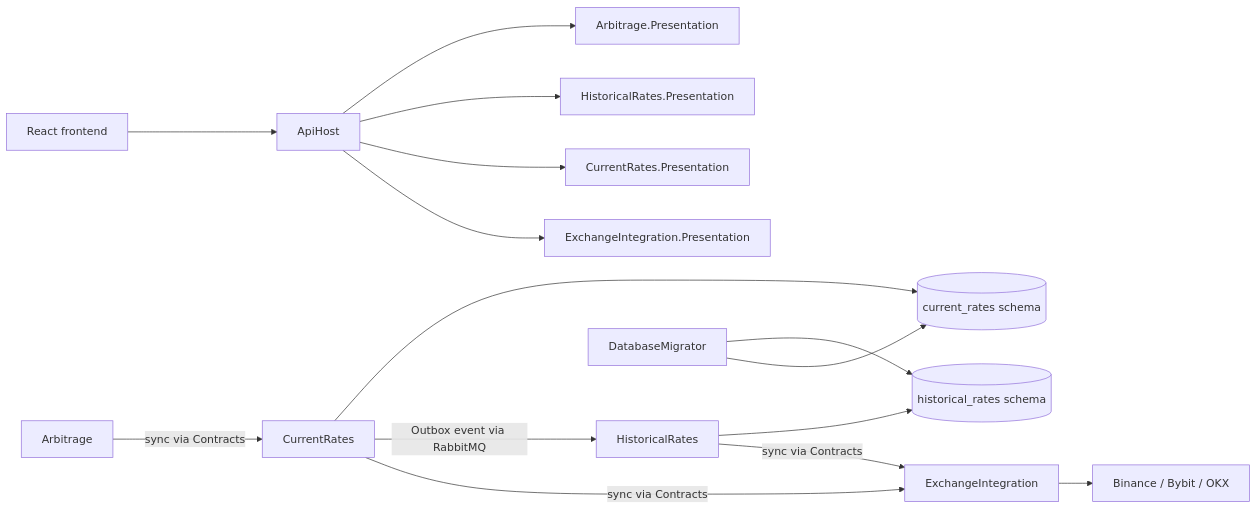
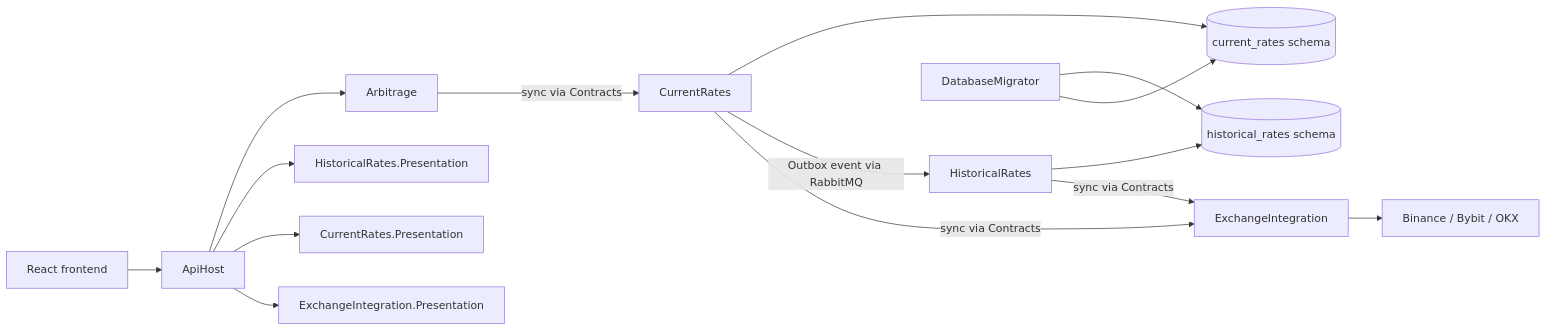
One commit to Grigory50012/FundingMonitor changed the first of 2 diagrams in docs/architecture/index.md. Above: the diagram before and after it, drawn with Mermaid. The commit also changed other lines of this file and 43 other files, not shown here.

````diff
--- a/docs/architecture/index.md
+++ b/docs/architecture/index.md
@@ -7,17 +7,17 @@
 ```mermaid
 flowchart LR
     UI[React frontend] --> Host[ApiHost]
     Host --> EP[ExchangeIntegration.Presentation]
     Host --> CP[CurrentRates.Presentation]
     Host --> HP[HistoricalRates.Presentation]
-    Host --> AP[Arbitrage.Presentation]
+    Host --> AR[Arbitrage]
     CR[CurrentRates] -->|sync via Contracts| EI[ExchangeIntegration]
     HR[HistoricalRates] -->|sync via Contracts| EI
     AR[Arbitrage] -->|sync via Contracts| CR
     CR -->|Outbox event via RabbitMQ| HR
     CR --> CRS[(current_rates schema)]
     HR --> HRS[(historical_rates schema)]
     EI --> EX[Binance / Bybit / OKX]
     Migrator[DatabaseMigrator] --> CRS
     Migrator --> HRS
 ```
````
